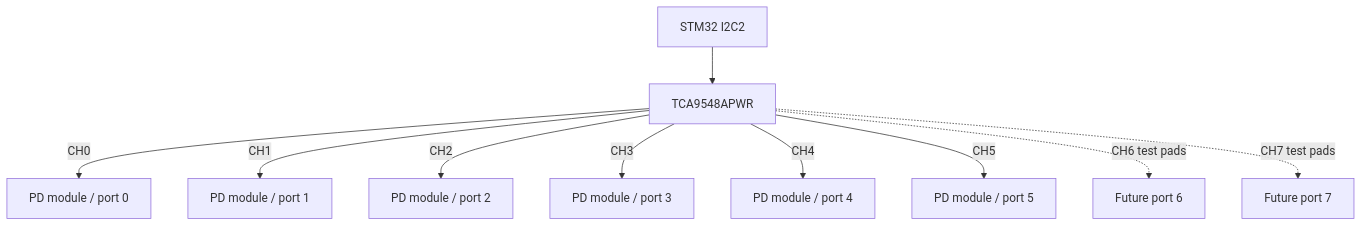
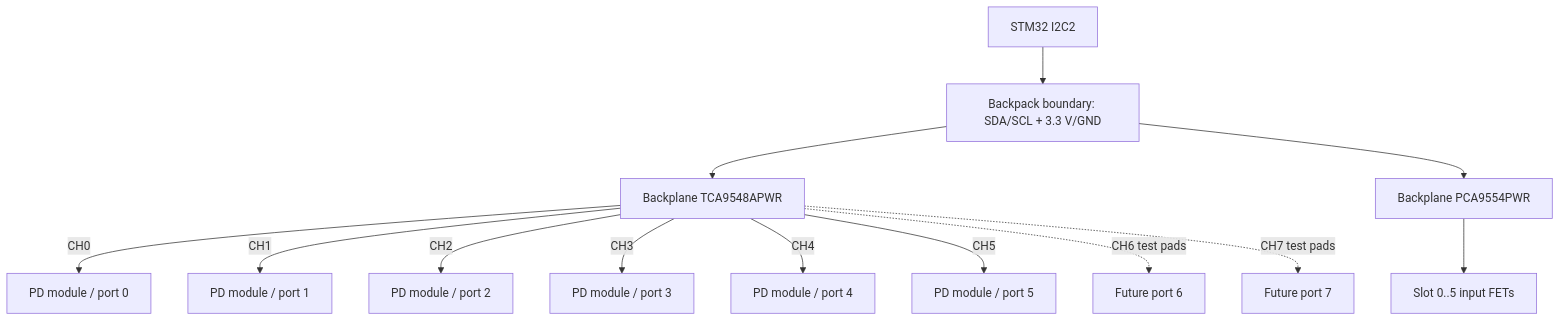
The diagram in firmware/backplane-backpack/backplane-plan.md (kquinsland/modular-rack-mount-power-system), drawn with Mermaid before and after one commit. The commit also changed other lines of this file and 30 other files, not shown here.

Commit message:
feat: add PCA9554 backplane power control

````diff
--- a/firmware/backplane-backpack/backplane-plan.md
+++ b/firmware/backplane-backpack/backplane-plan.md
@@ -63,14 +63,20 @@
 ```mermaid
 flowchart TD
     i2c[STM32 I2C2]
-    mux[TCA9548APWR]
-    i2c --> mux
+    boundary[Backpack boundary: SDA/SCL + 3.3 V/GND]
+    mux[Backplane TCA9548APWR]
+    gpio[Backplane PCA9554PWR]
+    gates[Slot 0..5 input FETs]
+    i2c --> boundary
+    boundary --> mux
+    boundary --> gpio
+    gpio --> gates
     mux -->|CH0| p0[PD module / port 0]
     mux -->|CH1| p1[PD module / port 1]
     mux -->|CH2| p2[PD module / port 2]
     mux -->|CH3| p3[PD module / port 3]
     mux -->|CH4| p4[PD module / port 4]
     mux -->|CH5| p5[PD module / port 5]
     mux -.->|CH6 test pads| p6[Future port 6]
     mux -.->|CH7 test pads| p7[Future port 7]
 ```
````
